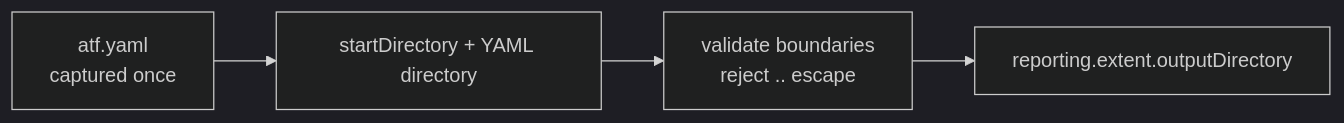
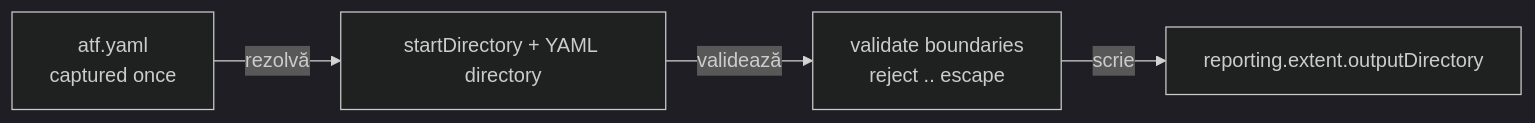
One commit to crististefanita/demo2 changed the second of 6 diagrams in docs/ATF_Build_And_Execution_Safety.md. Above: the diagram before and after it, drawn with Mermaid (dark theme). The commit also changed other lines of this file and 52 other files, not shown here.

Commit message:
Expand Java ATF reporting diagnostics and documentation

````diff
--- a/docs/ATF_Build_And_Execution_Safety.md
+++ b/docs/ATF_Build_And_Execution_Safety.md
@@ -47,6 +47,6 @@
 ```mermaid
 flowchart LR
-    Yaml["atf.yaml<br/>captured once"] --> Base["startDirectory + YAML directory"]
-    Base --> Validate["validate boundaries<br/>reject .. escape"]
-    Validate --> Output["reporting.extent.outputDirectory"]
+    Yaml["atf.yaml<br/>captured once"] -->|rezolvă| Base["startDirectory + YAML directory"]
+    Base -->|validează| Validate["validate boundaries<br/>reject .. escape"]
+    Validate -->|scrie| Output["reporting.extent.outputDirectory"]
 ```
````
